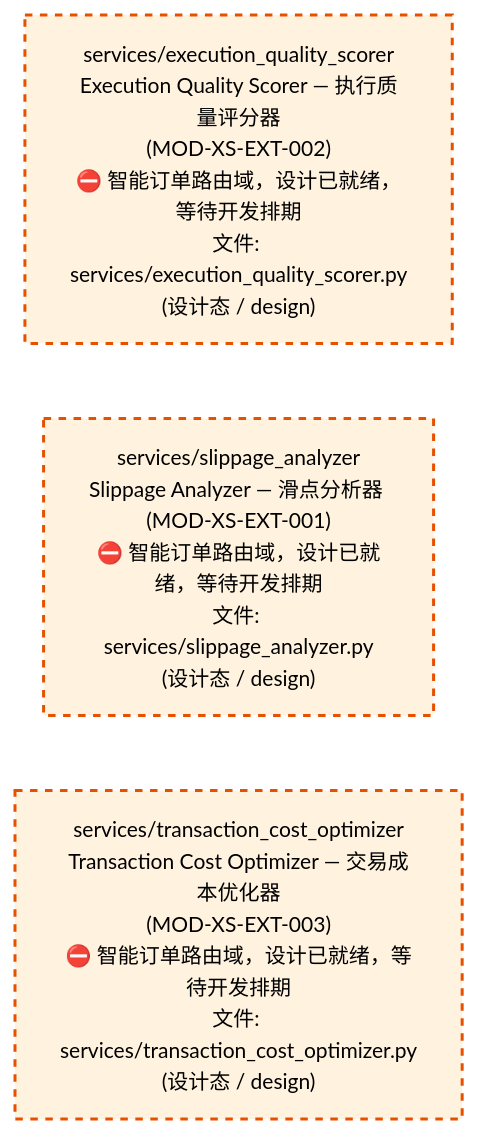
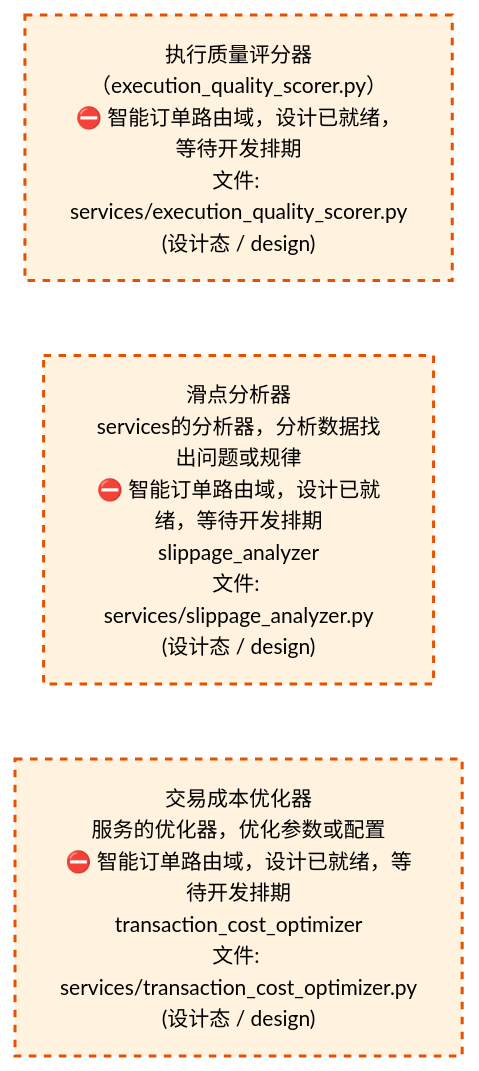
One commit to xuanFelixVan/ZephyrAlpha changed the third of 4 diagrams in docs/02_enterprise_architecture/02_domain_architecture_docs/45_d_ex_sor.md. Above: the diagram before and after it, drawn with Mermaid. The commit also changed other lines of this file and 54 other files, not shown here.

````diff
--- a/docs/02_enterprise_architecture/02_domain_architecture_docs/45_d_ex_sor.md
+++ b/docs/02_enterprise_architecture/02_domain_architecture_docs/45_d_ex_sor.md
@@ -187,14 +187,14 @@
 ```mermaid
 %%{init: {'theme': 'base', 'themeVariables': {'primaryColor': '#eaeaea', 'primaryTextColor': '#333333', 'primaryBorderColor': '#666666', 'lineColor': '#666666', 'secondaryColor': '#eaeaea', 'tertiaryColor': '#eaeaea', 'fontSize': '14px'}}}%%
 flowchart TD
-    src_zephyr_ex_sor_services_execution_quality_scorer_py["services/execution_quality_scorer<br/>Execution Quality Scorer — 执行质量评分器<br/>(MOD-XS-EXT-002)<br/>⛔ 智能订单路由域，设计已就绪，等待开发排期<br/>文件: services/execution_quality_scorer.py<br/>(设计态 / design)"]
-    src_zephyr_ex_sor_services_slippage_analyzer_py["services/slippage_analyzer<br/>Slippage Analyzer — 滑点分析器 (MOD-XS-EXT-001)<br/>⛔ 智能订单路由域，设计已就绪，等待开发排期<br/>文件: services/slippage_analyzer.py<br/>(设计态 / design)"]
-    src_zephyr_ex_sor_services_transaction_cost_optimizer_py["services/transaction_cost_optimizer<br/>Transaction Cost Optimizer — 交易成本优化器<br/>(MOD-XS-EXT-003)<br/>⛔ 智能订单路由域，设计已就绪，等待开发排期<br/>文件: services/transaction_cost_optimizer.py<br/>(设计态 / design)"]
+    src_zephyr_ex_sor_services_execution_quality_scorer_py["执行质量评分器<br/>（execution_quality_scorer.py）<br/>⛔ 智能订单路由域，设计已就绪，等待开发排期<br/>文件: services/execution_quality_scorer.py<br/>(设计态 / design)"]
+    src_zephyr_ex_sor_services_slippage_analyzer_py["滑点分析器<br/>services的分析器，分析数据找出问题或规律<br/>⛔ 智能订单路由域，设计已就绪，等待开发排期<br/>slippage_analyzer<br/>文件: services/slippage_analyzer.py<br/>(设计态 / design)"]
+    src_zephyr_ex_sor_services_transaction_cost_optimizer_py["交易成本优化器<br/>服务的优化器，优化参数或配置<br/>⛔ 智能订单路由域，设计已就绪，等待开发排期<br/>transaction_cost_optimizer<br/>文件: services/transaction_cost_optimizer.py<br/>(设计态 / design)"]
     src_zephyr_ex_sor_services_execution_quality_scorer_py ~~~ src_zephyr_ex_sor_services_slippage_analyzer_py
     src_zephyr_ex_sor_services_slippage_analyzer_py ~~~ src_zephyr_ex_sor_services_transaction_cost_optimizer_py
     classDef production fill:#e1f5fe,stroke:#01579b,stroke-width:2px,color:#000
     classDef design fill:#fff3e0,stroke:#e65100,stroke-width:2px,color:#000,stroke-dasharray: 5 5
     classDef external_prod fill:#e8f4fd,stroke:#0277bd,stroke-width:1px,color:#000
     classDef external_design fill:#fff8e7,stroke:#ef6c00,stroke-width:1px,color:#000,stroke-dasharray: 5 5
     class src_zephyr_ex_sor_services_execution_quality_scorer_py,src_zephyr_ex_sor_services_slippage_analyzer_py,src_zephyr_ex_sor_services_transaction_cost_optimizer_py design
 ```
````
